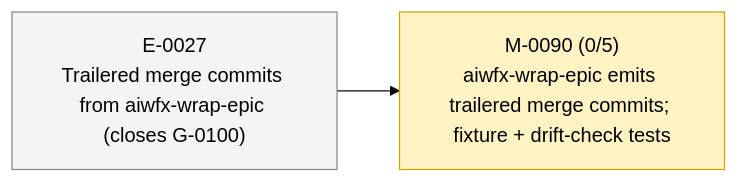
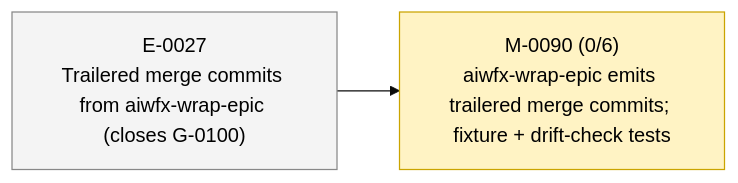
Before and after one commit to 23min/aiwf: the second of 2 diagrams in STATUS.md, drawn with Mermaid (base theme). The commit also changed other lines of this file and 1 other file, not shown here.

First line of the commit message:
aiwf add ac M-0090/AC-6 "Drift-check structurally asserts merge-step trailered-commit instructions."

````diff
--- a/STATUS.md
+++ b/STATUS.md
@@ -51,12 +51,12 @@
 ```mermaid
 flowchart LR
   E_0027["E-0027<br/>Trailered merge commits from aiwfx-wrap-epic (closes G-0100)"]:::epic_proposed
-  M_0090["M-0090 (0/5)<br/>aiwfx-wrap-epic emits trailered merge commits; fixture + drift-check tests"]:::ms_in_progress
+  M_0090["M-0090 (0/6)<br/>aiwfx-wrap-epic emits trailered merge commits; fixture + drift-check tests"]:::ms_in_progress
   E_0027 --> M_0090
   classDef epic_active fill:#d6eaff,stroke:#1a73e8,color:#000
   classDef epic_proposed fill:#f4f4f4,stroke:#888,color:#000
   classDef ms_done fill:#d8f5d8,stroke:#2a8a2a,color:#000
   classDef ms_in_progress fill:#fff3c4,stroke:#caa400,color:#000
   classDef ms_draft fill:#f4f4f4,stroke:#888,color:#000
   classDef ms_cancelled fill:#fbeaea,stroke:#c33,color:#000
 ```
````
